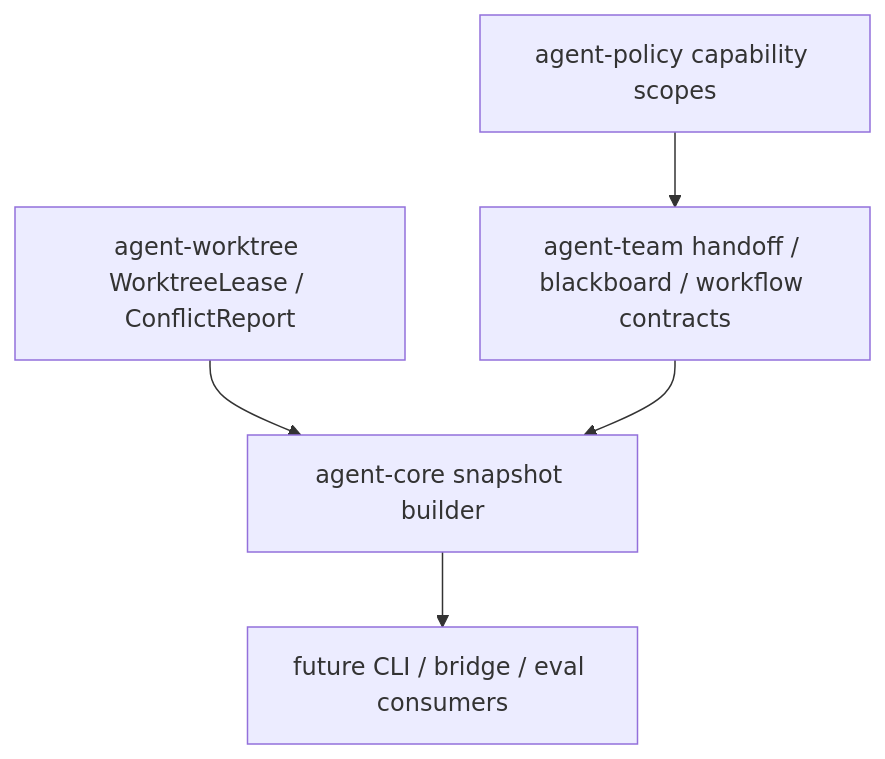
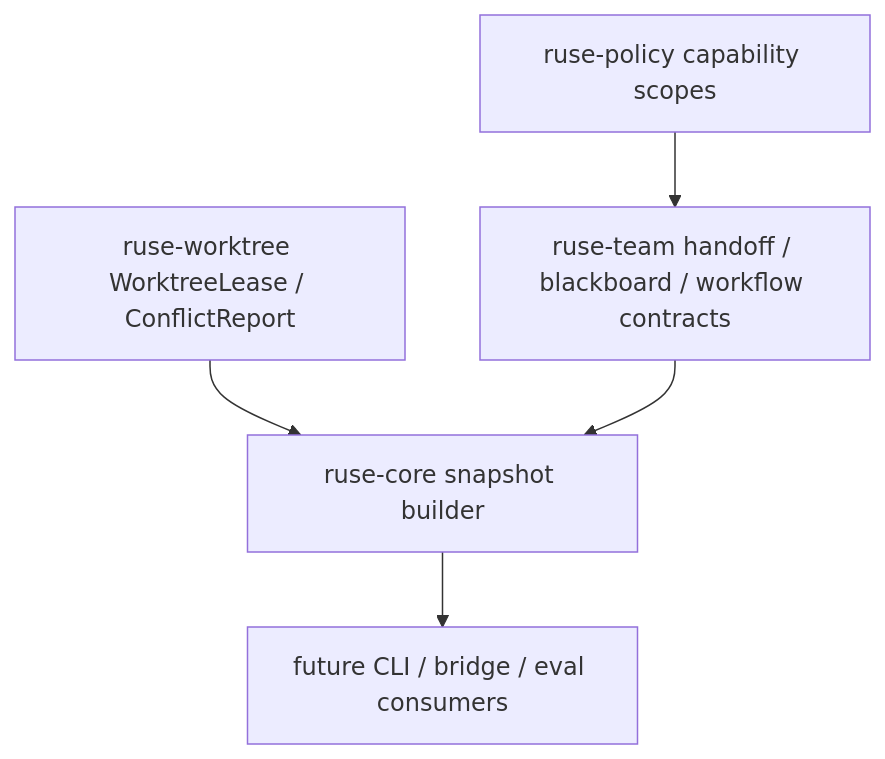
The diagram in docs/specs/M63-01-team-workflow-snapshot-readiness.spec.md (poneding/agent), drawn with Mermaid before and after one commit. The commit also changed other lines of this file and 2091 other files, not shown here.

First line of the commit message:
refactor: rename agent branding to ruse

````diff
--- a/docs/specs/M63-01-team-workflow-snapshot-readiness.spec.md
+++ b/docs/specs/M63-01-team-workflow-snapshot-readiness.spec.md
@@ -33,7 +33,7 @@
 ```mermaid
 flowchart TD
-  Worktree["agent-worktree WorktreeLease / ConflictReport"] --> Core["agent-core snapshot builder"]
-  Team["agent-team handoff / blackboard / workflow contracts"] --> Core
-  Policy["agent-policy capability scopes"] --> Team
+  Worktree["ruse-worktree WorktreeLease / ConflictReport"] --> Core["ruse-core snapshot builder"]
+  Team["ruse-team handoff / blackboard / workflow contracts"] --> Core
+  Policy["ruse-policy capability scopes"] --> Team
   Core --> Consumers["future CLI / bridge / eval consumers"]
 ```
````
